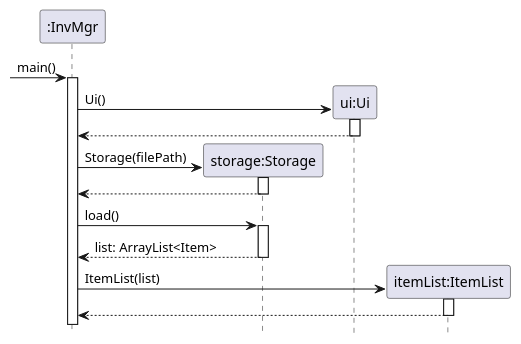
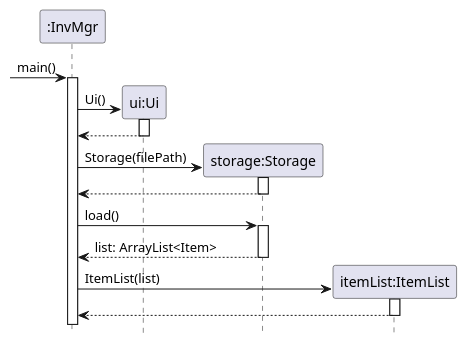
Before and after one commit to nus-cs2113-AY2122S2/tp: the diagram in docs/diagrams/ApplicationStartupSequenceDiagram.puml, drawn with PlantUML. The commit also changed other lines of this file and 1 other file, not shown here.

Commit message:
Change order of ApplicationStartup seq diagram

```diff
--- a/docs/diagrams/ApplicationStartupSequenceDiagram.puml
+++ b/docs/diagrams/ApplicationStartupSequenceDiagram.puml
@@ -1,34 +1,34 @@
 @startuml
 
 hide footbox
 skinparam guillemet false
 skinparam sequenceStereotypeFontColor red
 skinparam sequenceStereotypeFontStyle bold
 
 participant ":InvMgr" as InvMgr
+participant "ui:Ui" as Ui
 participant "storage:Storage" as Storage
-participant "ui:Ui" as Ui
 participant "itemList:ItemList" as ItemList
 
 -> InvMgr: main()
 activate InvMgr
     create Ui
     InvMgr -> Ui: Ui()
     activate Ui
     return
 
     create Storage
     InvMgr -> Storage: Storage(filePath)
     activate Storage
     return
 
     InvMgr -> Storage: load()
     activate Storage
     return list: ArrayList<Item>
 
     create ItemList
     InvMgr -> ItemList: ItemList(list)
     activate ItemList
     return
 
 @enduml
```
